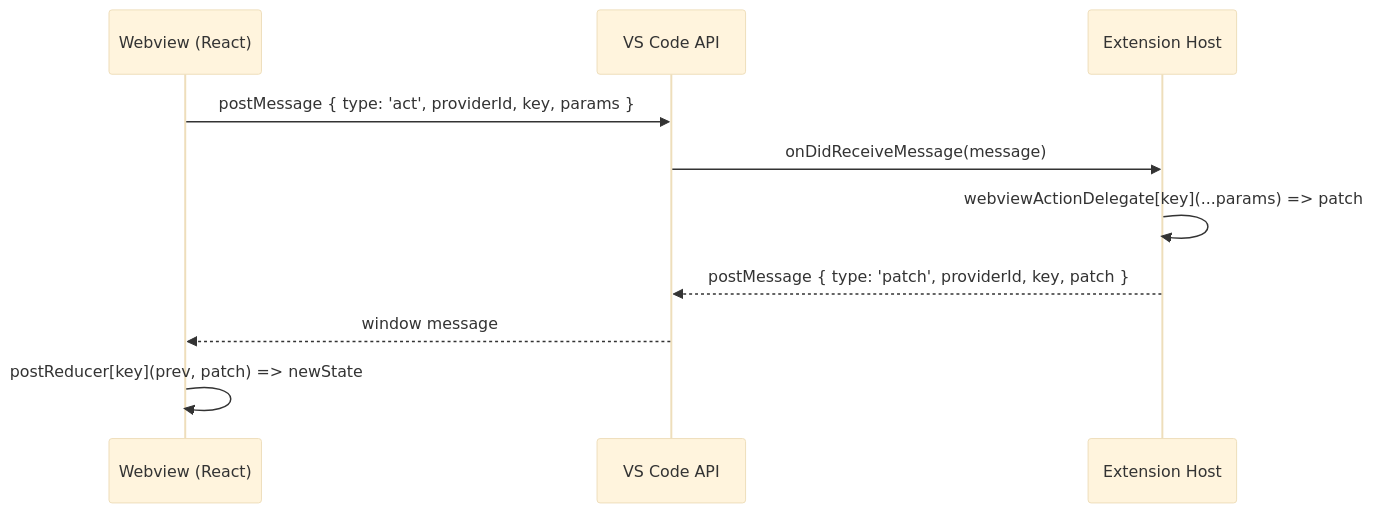
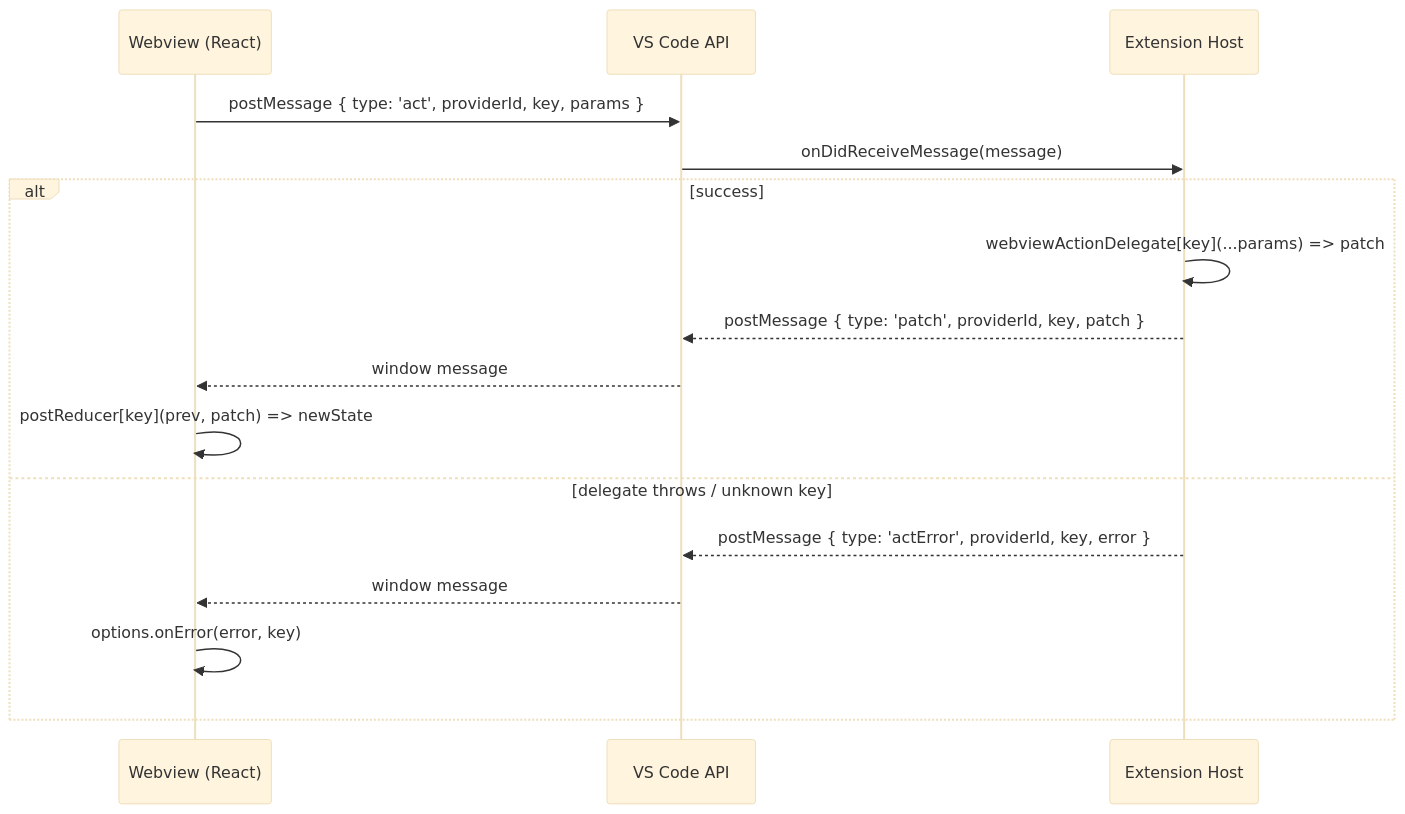
The first of 2 diagrams in README.md (hbmartin/react-vscode-webview-ipc), drawn with Mermaid (base theme) before and after one commit. The commit also changed other lines of this file and 11 other files, not shown here.

````diff
--- a/README.md
+++ b/README.md
@@ -181,12 +184,18 @@
 ```mermaid
 sequenceDiagram
   participant W as Webview (React)
   participant VS as VS Code API
   participant H as Extension Host
   W->>VS: postMessage { type: 'act', providerId, key, params }
   VS->>H: onDidReceiveMessage(message)
-  H->>H: webviewActionDelegate[key](...params) => patch
-  H-->>VS: postMessage { type: 'patch', providerId, key, patch }
-  VS-->>W: window message
-  W->>W: postReducer[key](prev, patch) => newState
+  alt success
+    H->>H: webviewActionDelegate[key](...params) => patch
+    H-->>VS: postMessage { type: 'patch', providerId, key, patch }
+    VS-->>W: window message
+    W->>W: postReducer[key](prev, patch) => newState
+  else delegate throws / unknown key
+    H-->>VS: postMessage { type: 'actError', providerId, key, error }
+    VS-->>W: window message
+    W->>W: options.onError(error, key)
+  end
 ```
````
